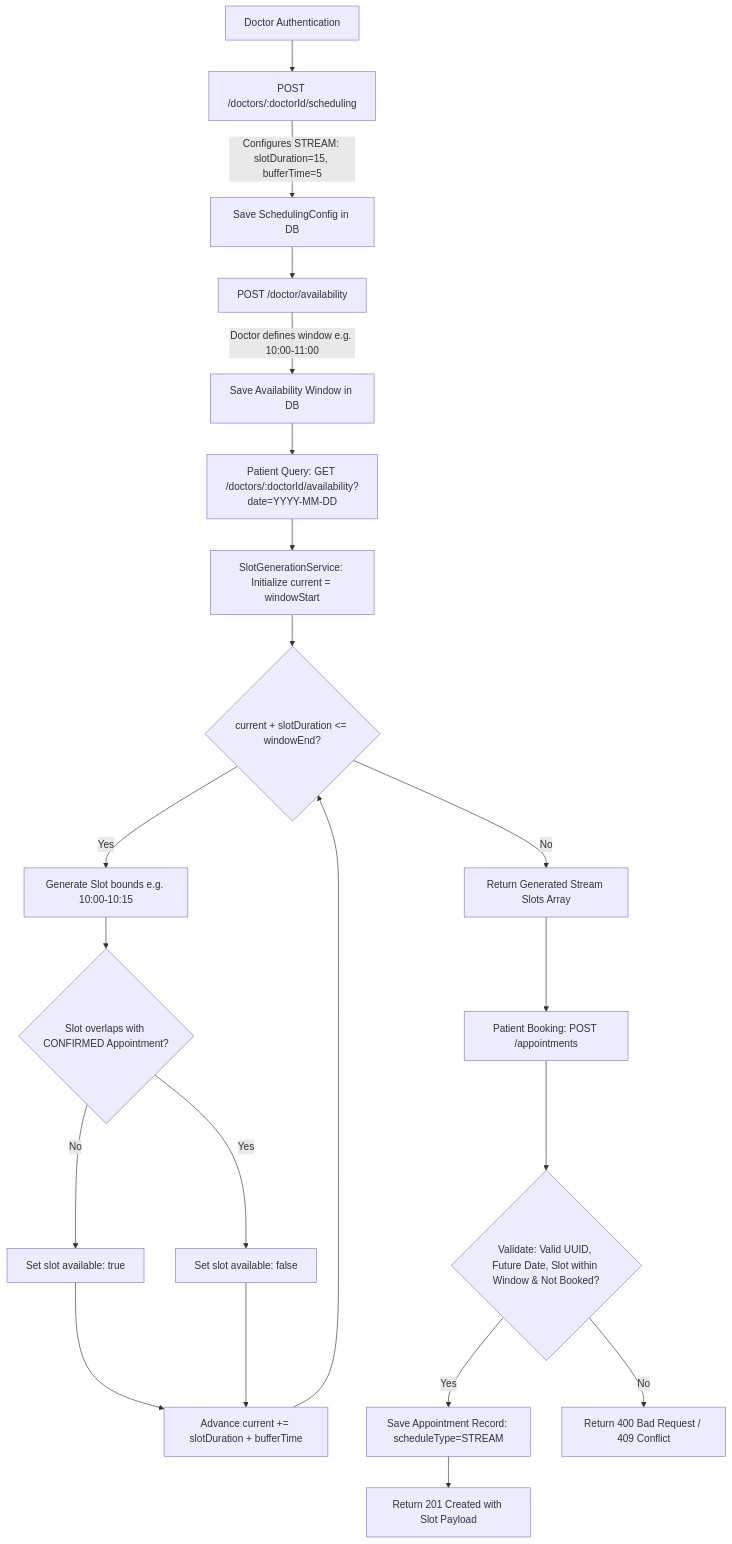
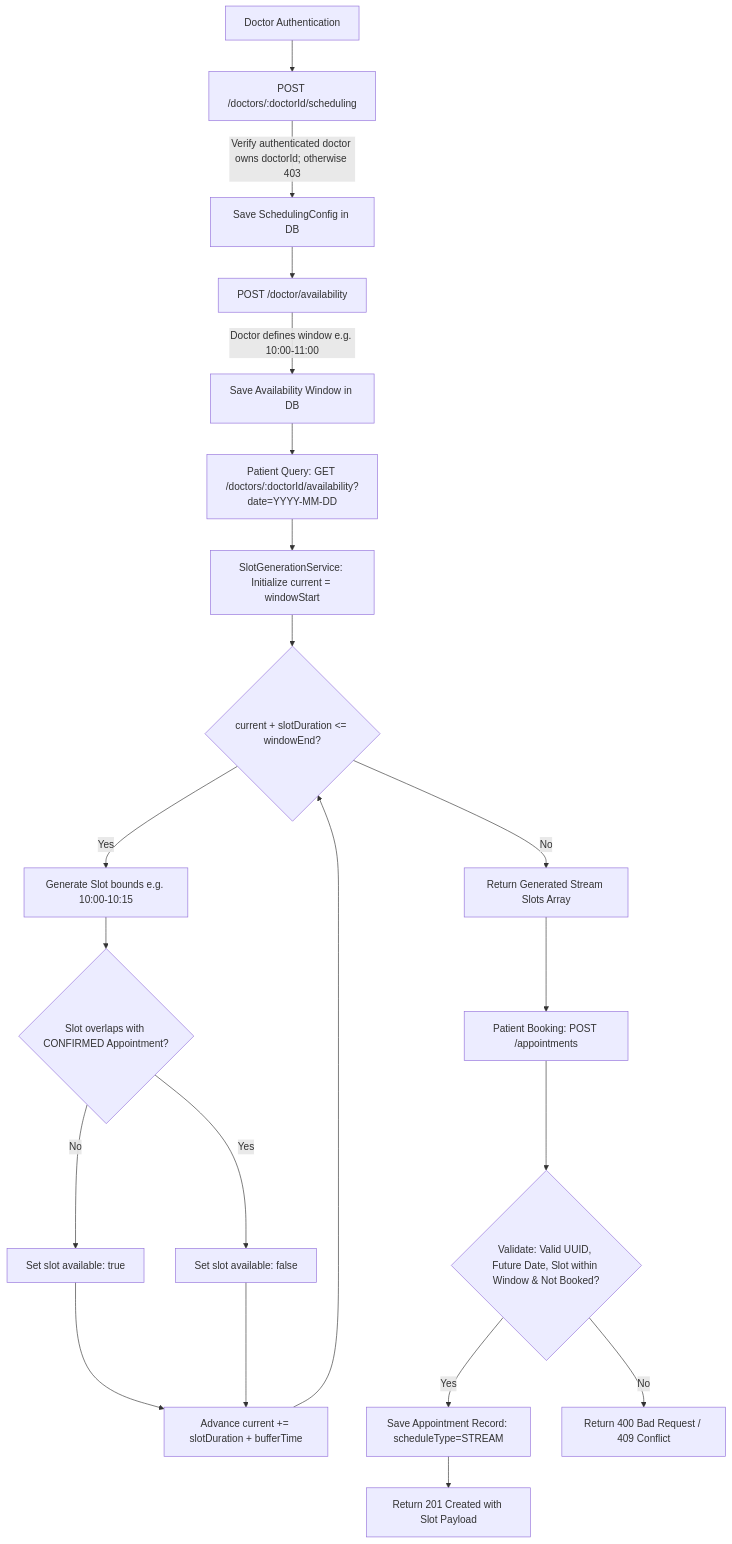
The first of 2 diagrams in docs/FLOWCHARTS.md (Jagadeesh729/schedula-jagadeesh), drawn with Mermaid before and after one commit. The commit also changed other lines of this file and 15 other files, not shown here.

````diff
--- a/docs/FLOWCHARTS.md
+++ b/docs/FLOWCHARTS.md
@@ -11,23 +11,23 @@
 ```mermaid
 graph TD
     A[Doctor Authentication] --> B[POST /doctors/:doctorId/scheduling]
-    B -->|Configures STREAM: slotDuration=15, bufferTime=5| C[Save SchedulingConfig in DB]
+    B -->|Verify authenticated doctor owns doctorId; otherwise 403| C[Save SchedulingConfig in DB]
     C --> D[POST /doctor/availability]
     D -->|Doctor defines window e.g. 10:00-11:00| E[Save Availability Window in DB]
     E --> F[Patient Query: GET /doctors/:doctorId/availability?date=YYYY-MM-DD]
     F --> G[SlotGenerationService: Initialize current = windowStart]
     G --> H{current + slotDuration <= windowEnd?}
     H -- Yes --> I[Generate Slot bounds e.g. 10:00-10:15]
     I --> J{Slot overlaps with CONFIRMED Appointment?}
     J -- No --> K[Set slot available: true]
     J -- Yes --> L[Set slot available: false]
     K --> M[Advance current += slotDuration + bufferTime]
     L --> M
     M --> H
     H -- No --> N[Return Generated Stream Slots Array]
     N --> O[Patient Booking: POST /appointments]
     O --> P{Validate: Valid UUID, Future Date, Slot within Window & Not Booked?}
     P -- Yes --> Q[Save Appointment Record: scheduleType=STREAM]
     Q --> R[Return 201 Created with Slot Payload]
     P -- No --> S[Return 400 Bad Request / 409 Conflict]
 ```
````
